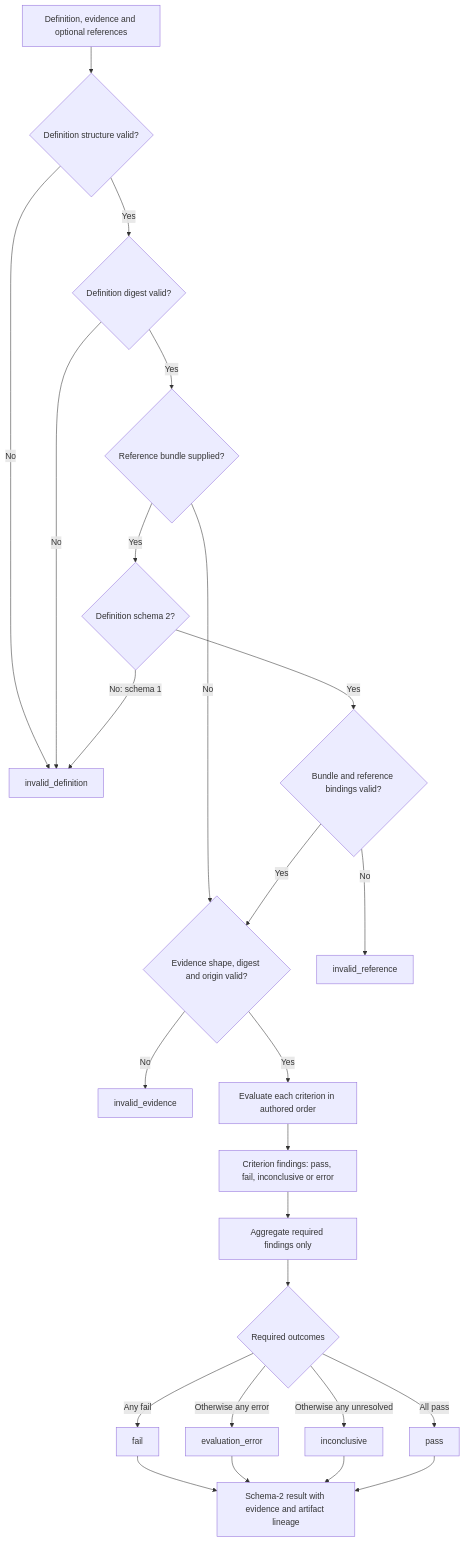
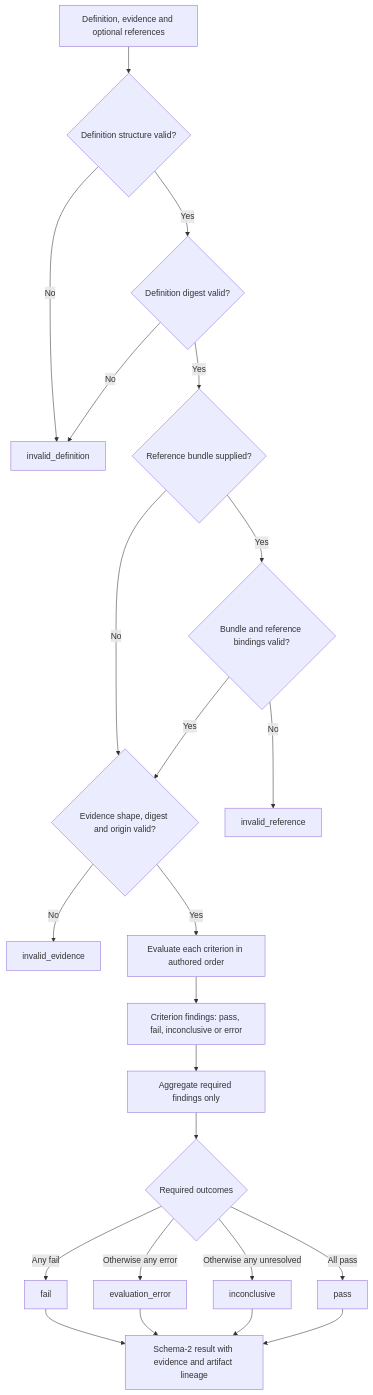
Before and after one commit to 0xbuffdev/assay: the second of 4 diagrams in README.md, drawn with Mermaid. The commit also changed other lines of this file and 8 other files, not shown here.

````diff
--- a/README.md
+++ b/README.md
@@ -70,27 +70,25 @@
 ```mermaid
 flowchart TD
     Start["Definition, evidence and optional references"] --> Validate{"Definition structure valid?"}
     Validate -->|No| InvalidDefinition["invalid_definition"]
     Validate -->|Yes| Digest{"Definition digest valid?"}
     Digest -->|No| InvalidDefinition
     Digest -->|Yes| Supplied{"Reference bundle supplied?"}
     Supplied -->|No| EvidenceCheck{"Evidence shape, digest and origin valid?"}
-    Supplied -->|Yes| Schema{"Definition schema 2?"}
-    Schema -->|"No: schema 1"| InvalidDefinition
-    Schema -->|Yes| ReferenceCheck{"Bundle and reference bindings valid?"}
+    Supplied -->|Yes| ReferenceCheck{"Bundle and reference bindings valid?"}
     ReferenceCheck -->|No| InvalidReference["invalid_reference"]
     ReferenceCheck -->|Yes| EvidenceCheck
     EvidenceCheck -->|No| InvalidEvidence["invalid_evidence"]
     EvidenceCheck -->|Yes| Compare["Evaluate each criterion in authored order"]
     Compare --> Findings["Criterion findings: pass, fail, inconclusive or error"]
     Findings --> Required["Aggregate required findings only"]
     Required --> Outcome{"Required outcomes"}
     Outcome -->|"Any fail"| Fail["fail"]
     Outcome -->|"Otherwise any error"| Error["evaluation_error"]
     Outcome -->|"Otherwise any unresolved"| Inconclusive["inconclusive"]
     Outcome -->|"All pass"| Pass["pass"]
     Fail --> Result["Schema-2 result with evidence and artifact lineage"]
     Error --> Result
     Inconclusive --> Result
     Pass --> Result
 ```
````
